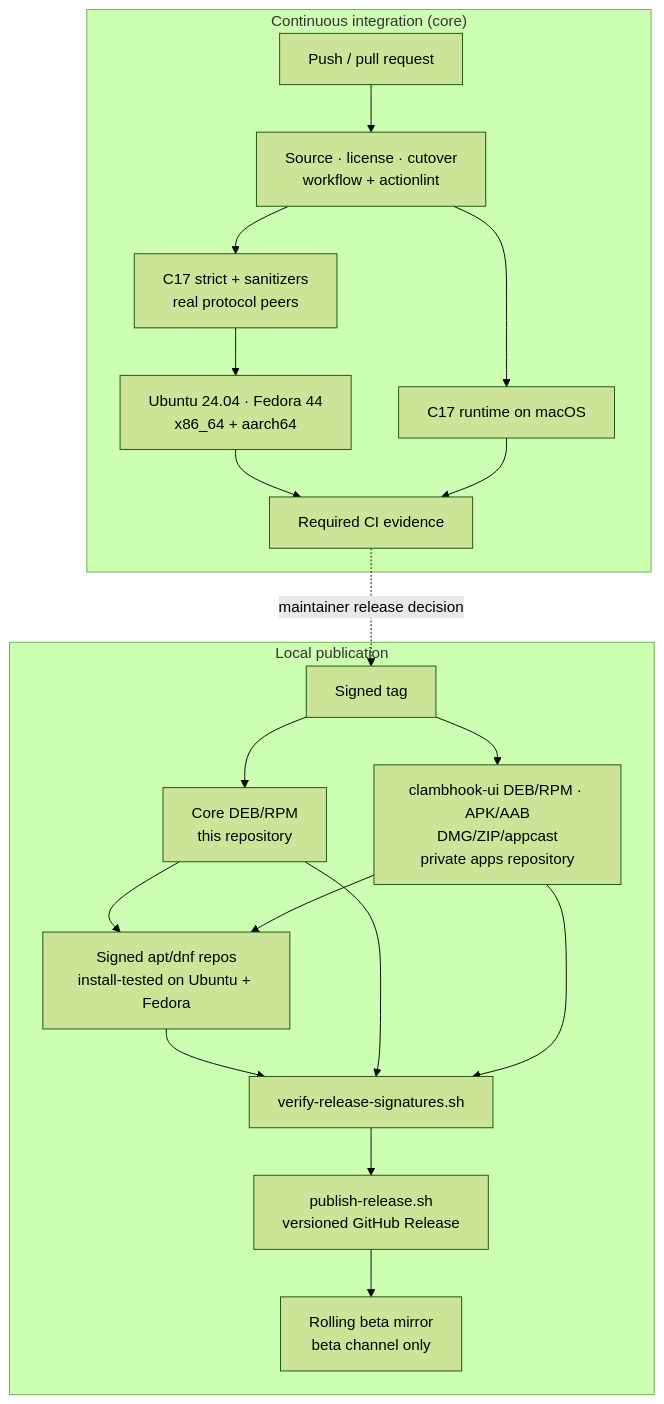
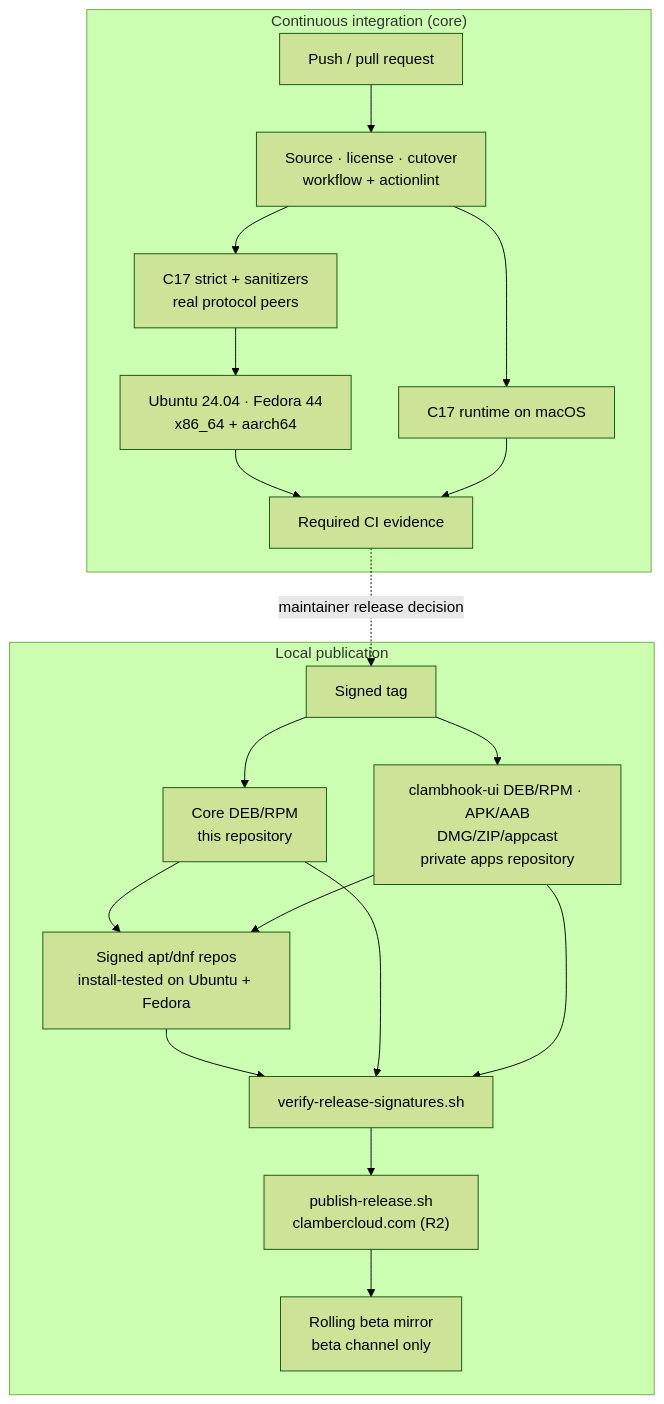
Before and after one commit to JohnThre/clambhook: the diagram in docs/github-cicd.md, drawn with Mermaid (forest theme). The commit also changed other lines of this file and 22 other files, not shown here.

Commit message:
release: distribute installers only from clambercloud.com (#28)

````diff
--- a/docs/github-cicd.md
+++ b/docs/github-cicd.md
@@ -65,25 +66,25 @@
 ```mermaid
 flowchart TB
     subgraph ci["Continuous integration (core)"]
         push["Push / pull request"] --> policy["Source · license · cutover<br/>workflow + actionlint"]
         policy --> c["C17 strict + sanitizers<br/>real protocol peers"]
         policy --> mac["C17 runtime on macOS"]
         c --> distro["Ubuntu 24.04 · Fedora 44<br/>x86_64 + aarch64"]
         distro --> checks["Required CI evidence"]
         mac --> checks
     end
 
     subgraph publication["Local publication"]
         tag["Signed tag"] --> core["Core DEB/RPM<br/>this repository"]
         tag --> apps["clambhook-ui DEB/RPM · APK/AAB<br/>DMG/ZIP/appcast<br/>private apps repository"]
         core --> repo["Signed apt/dnf repos<br/>install-tested on Ubuntu + Fedora"]
         apps --> repo
         repo --> verify["verify-release-signatures.sh"]
         core --> verify
         apps --> verify
-        verify --> publish["publish-release.sh<br/>versioned GitHub Release"]
+        verify --> publish["publish-release.sh<br/>clambercloud.com (R2)"]
         publish --> beta["Rolling beta mirror<br/>beta channel only"]
     end
 
     checks -. maintainer release decision .-> tag
 ```
````
